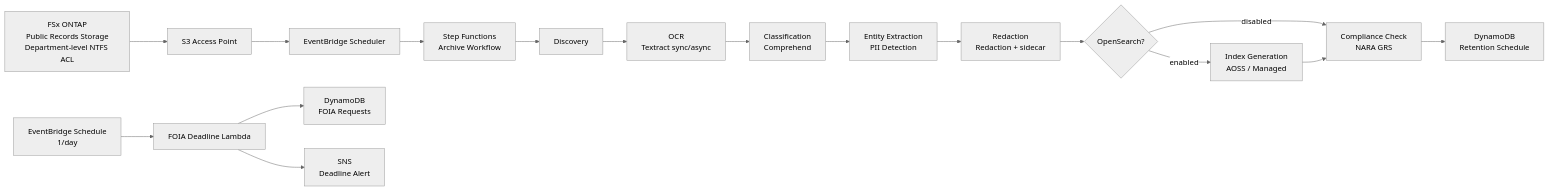
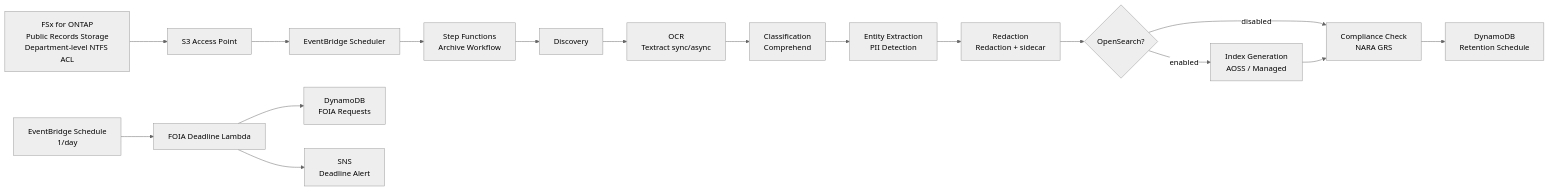
One commit to Yoshiki0705/FSx-for-ONTAP-S3AccessPoints-Serverless-Patterns changed the diagram in government-archives/docs/architecture.en.md. Above: the diagram before and after it, drawn with Mermaid (neutral theme). The commit also changed other lines of this file and 752 other files, not shown here.

````diff
--- a/government-archives/docs/architecture.en.md
+++ b/government-archives/docs/architecture.en.md
@@ -13,20 +13,20 @@
 ```mermaid
 graph LR
-    FSx[FSx ONTAP<br/>Public Records Storage<br/>Department-level NTFS ACL] --> S3AP[S3 Access Point]
+    FSx[FSx for ONTAP<br/>Public Records Storage<br/>Department-level NTFS ACL] --> S3AP[S3 Access Point]
     S3AP --> EB[EventBridge Scheduler]
     EB --> SFN[Step Functions<br/>Archive Workflow]
     SFN --> L1[Discovery]
     L1 --> L2[OCR<br/>Textract sync/async]
     L2 --> L3[Classification<br/>Comprehend]
     L3 --> L4[Entity Extraction<br/>PII Detection]
     L4 --> L5[Redaction<br/>Redaction + sidecar]
     L5 --> C{OpenSearch?}
     C -->|enabled| L6[Index Generation<br/>AOSS / Managed]
     C -->|disabled| L7
     L6 --> L7[Compliance Check<br/>NARA GRS]
     L7 --> DDB[DynamoDB<br/>Retention Schedule]
 
     FD[EventBridge Schedule<br/>1/day] --> FL[FOIA Deadline Lambda]
     FL --> FDB[DynamoDB<br/>FOIA Requests]
     FL --> SNS[SNS<br/>Deadline Alert]
 ```
````
